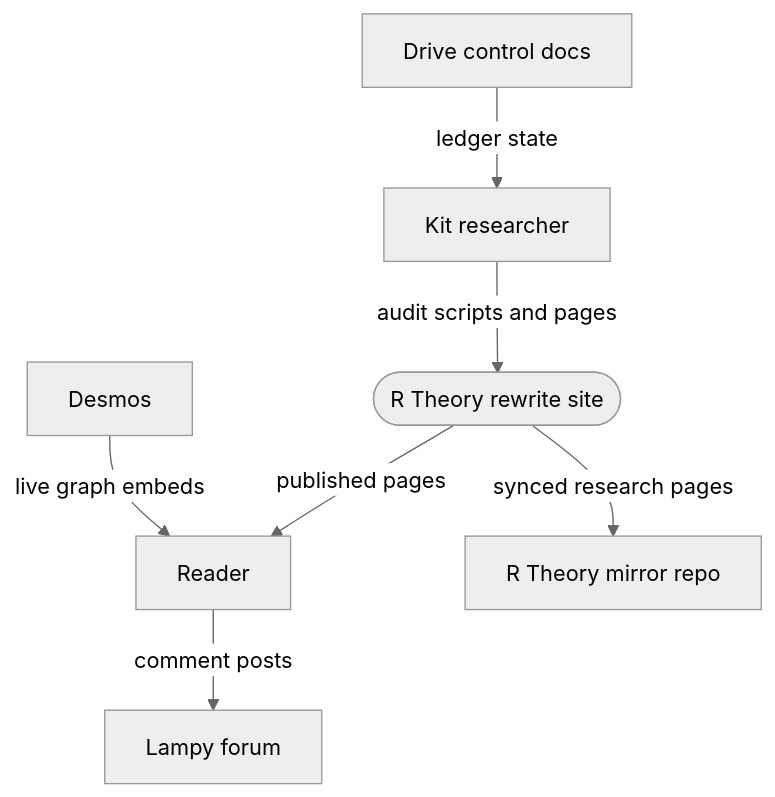
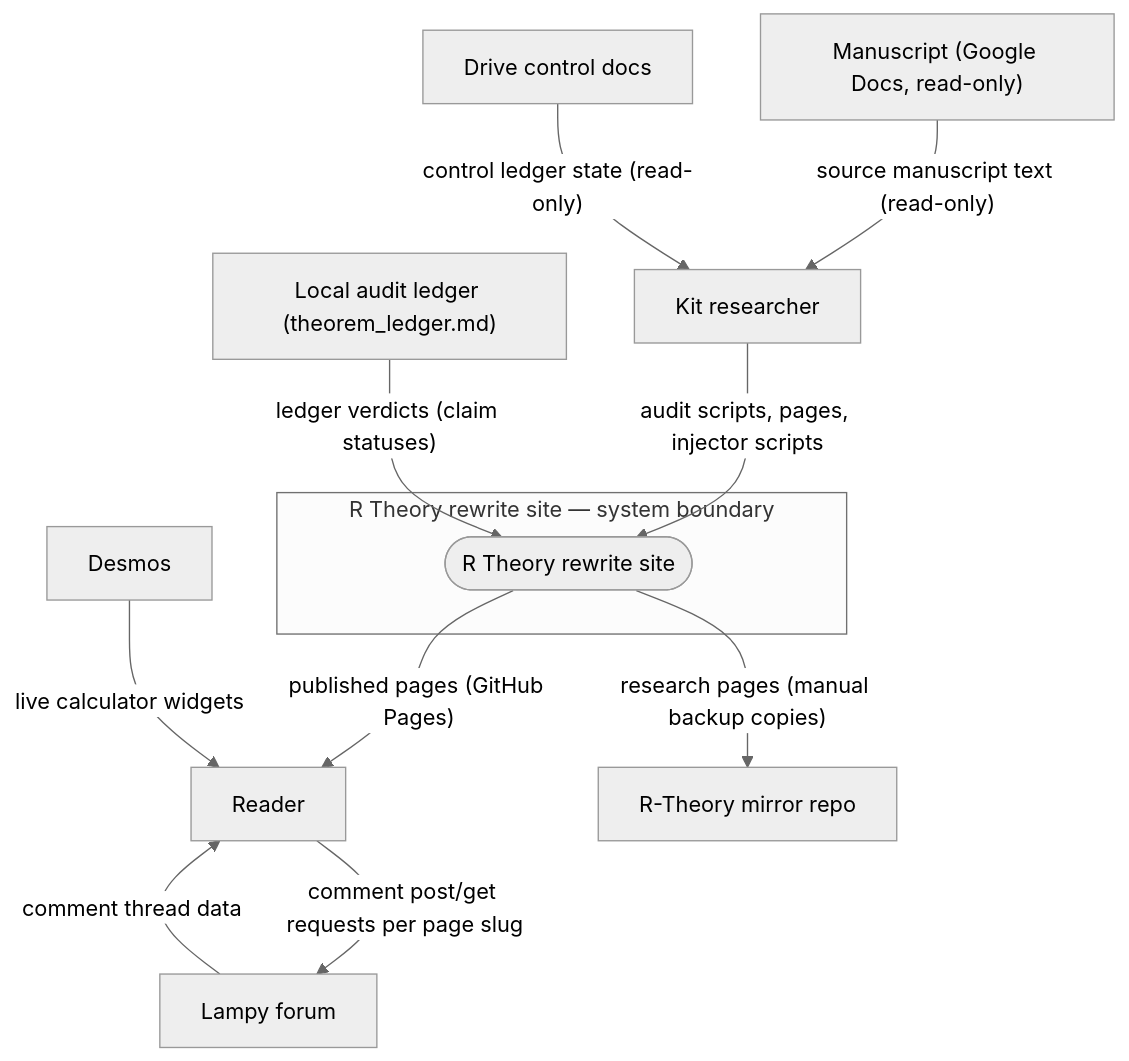
One commit to cosbykit-afk/r-theory-rewrite changed the first of 3 diagrams in docs/architecture.md. Above: the diagram before and after it, drawn with Mermaid (neutral theme). The commit also changed other lines of this file, not shown here.

Commit message:
docs: improve architecture diagrams — grounded context, DFD, and ERD

````diff
--- a/docs/architecture.md
+++ b/docs/architecture.md
@@ -7,16 +7,23 @@
 ```mermaid
 flowchart
     E1["Kit researcher"]
     E2["Reader"]
     E3["Lampy forum"]
     E4["Desmos"]
     E5["Drive control docs"]
-    E6["R Theory mirror repo"]
-    SYS(["R Theory rewrite site"])
-    E1 -->|"audit scripts and pages"| SYS
-    E5 -->|"ledger state"| E1
-    SYS -->|"published pages"| E2
-    E2 -->|"comment posts"| E3
-    E4 -->|"live graph embeds"| E2
-    SYS -->|"synced research pages"| E6
+    E6["R-Theory mirror repo"]
+    E7["Manuscript (Google Docs, read-only)"]
+    E8["Local audit ledger (theorem_ledger.md)"]
+    subgraph BOUNDARY["R Theory rewrite site — system boundary"]
+        SYS(["R Theory rewrite site"])
+    end
+    E7 -->|"source manuscript text (read-only)"| E1
+    E5 -->|"control ledger state (read-only)"| E1
+    E1 -->|"audit scripts, pages, injector scripts"| SYS
+    E8 -->|"ledger verdicts (claim statuses)"| SYS
+    SYS -->|"published pages (GitHub Pages)"| E2
+    E4 -->|"live calculator widgets"| E2
+    E2 -->|"comment post/get requests per page slug"| E3
+    E3 -->|"comment thread data"| E2
+    SYS -->|"research pages (manual backup copies)"| E6
 ```
````
